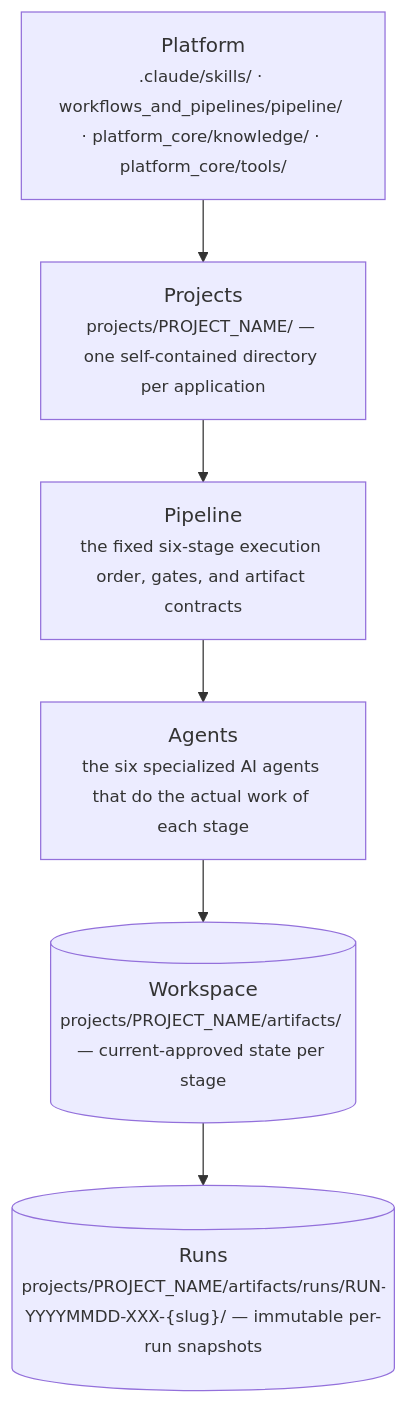
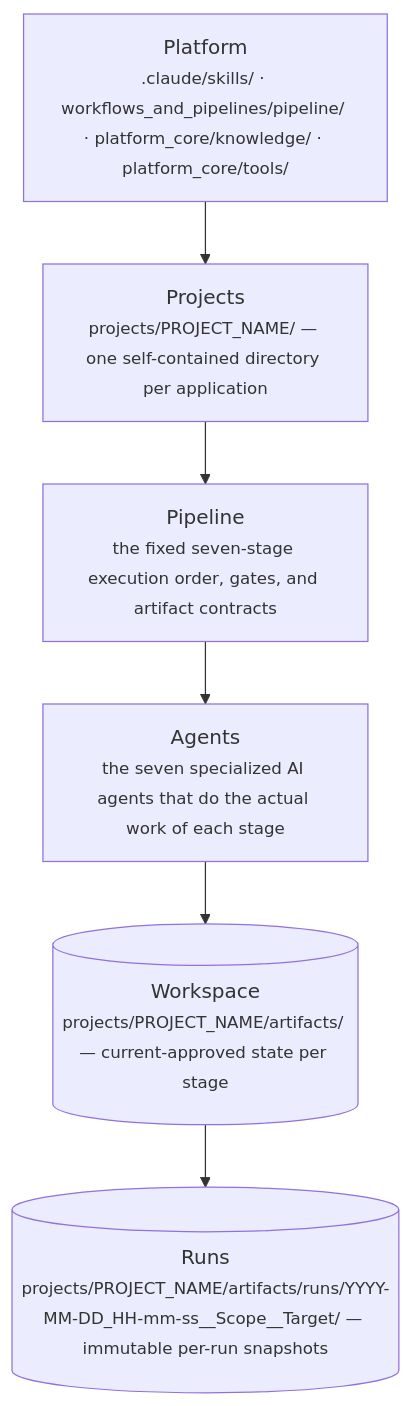
The second of 10 diagrams in README.md (HusseinAtaHussein1/AISeatMap), drawn with Mermaid before and after one commit. The commit also changed other lines of this file and 208 other files, not shown here.

````diff
--- a/README.md
+++ b/README.md
@@ -230,11 +233,11 @@
 ```mermaid
 flowchart TD
     PLAT["Platform<br/><small>.claude/skills/ · workflows_and_pipelines/pipeline/ · platform_core/knowledge/ · platform_core/tools/</small>"]
     PROJ["Projects<br/><small>projects/PROJECT_NAME/ — one self-contained directory per application</small>"]
-    PIPE["Pipeline<br/><small>the fixed six-stage execution order, gates, and artifact contracts</small>"]
-    AGENTS["Agents<br/><small>the six specialized AI agents that do the actual work of each stage</small>"]
+    PIPE["Pipeline<br/><small>the fixed seven-stage execution order, gates, and artifact contracts</small>"]
+    AGENTS["Agents<br/><small>the seven specialized AI agents that do the actual work of each stage</small>"]
     WORK[("Workspace<br/><small>projects/PROJECT_NAME/artifacts/ — current-approved state per stage</small>")]
-    RUNS[("Runs<br/><small>projects/PROJECT_NAME/artifacts/runs/RUN-YYYYMMDD-XXX-{slug}/ — immutable per-run snapshots</small>")]
+    RUNS[("Runs<br/><small>projects/PROJECT_NAME/artifacts/runs/YYYY-MM-DD_HH-mm-ss__Scope__Target/ — immutable per-run snapshots</small>")]
 
     PLAT --> PROJ --> PIPE --> AGENTS --> WORK --> RUNS
 ```
````
